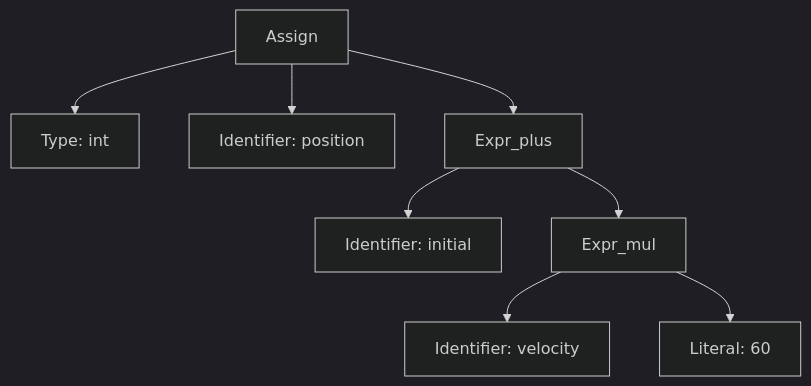
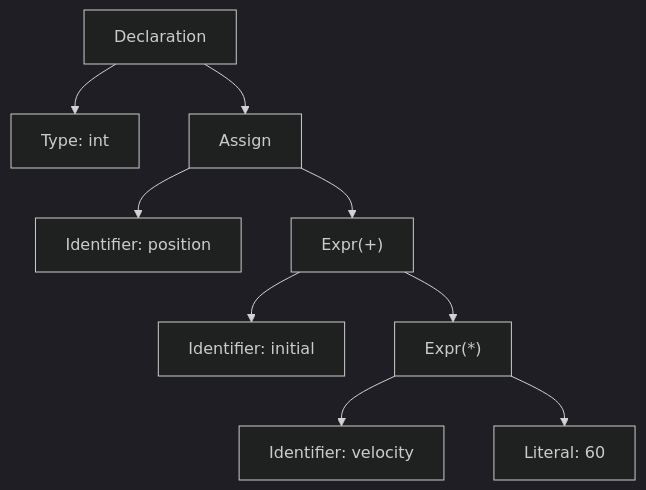
The diagram in entregable.md (lfmendoza/compiler-simulator), drawn with Mermaid (dark theme) before and after one commit. The commit also changed other lines of this file, not shown here.

Commit message:
fix: mermaid graph structure

````diff
--- a/entregable.md
+++ b/entregable.md
@@ -32,11 +32,12 @@
 ```mermaid
 graph TD
-  A[Assign]
+  A[Declaration]
   A --> B[Type: int]
-  A --> C[Identifier: position]
-  A --> D[Expr_plus]
-  D --> E[Identifier: initial]
-  D --> F[Expr_mul]
-  F --> G[Identifier: velocity]
-  F --> H[Literal: 60]
+  A --> C[Assign]
+  C --> D[Identifier: position]
+  C --> E["Expr(+)"]
+  E --> F[Identifier: initial]
+  E --> G["Expr(*)"]
+  G --> H[Identifier: velocity]
+  G --> I[Literal: 60]
 ```
````
